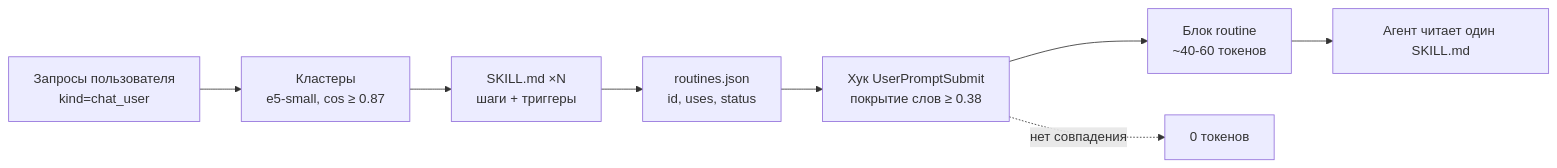
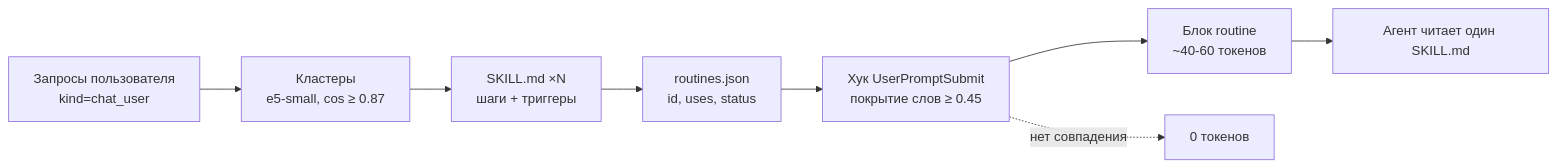
The diagram in docs/ru/routine-miner.md (rukazax/z-code), drawn with Mermaid before and after one commit. The commit also changed other lines of this file and 6 other files, not shown here.

````diff
--- a/docs/ru/routine-miner.md
+++ b/docs/ru/routine-miner.md
@@ -23,10 +23,10 @@
 ```mermaid
 flowchart LR
     S[Запросы пользователя<br/>kind=chat_user] --> C[Кластеры<br/>e5-small, cos ≥ 0.87]
     C --> K[SKILL.md ×N<br/>шаги + триггеры]
     K --> R[routines.json<br/>id, uses, status]
-    R --> H[Хук UserPromptSubmit<br/>покрытие слов ≥ 0.38]
+    R --> H[Хук UserPromptSubmit<br/>покрытие слов ≥ 0.45]
     H --> B[Блок routine<br/>~40-60 токенов]
     B --> A[Агент читает один SKILL.md]
     H -. нет совпадения .-> Z[0 токенов]
 ```
````
